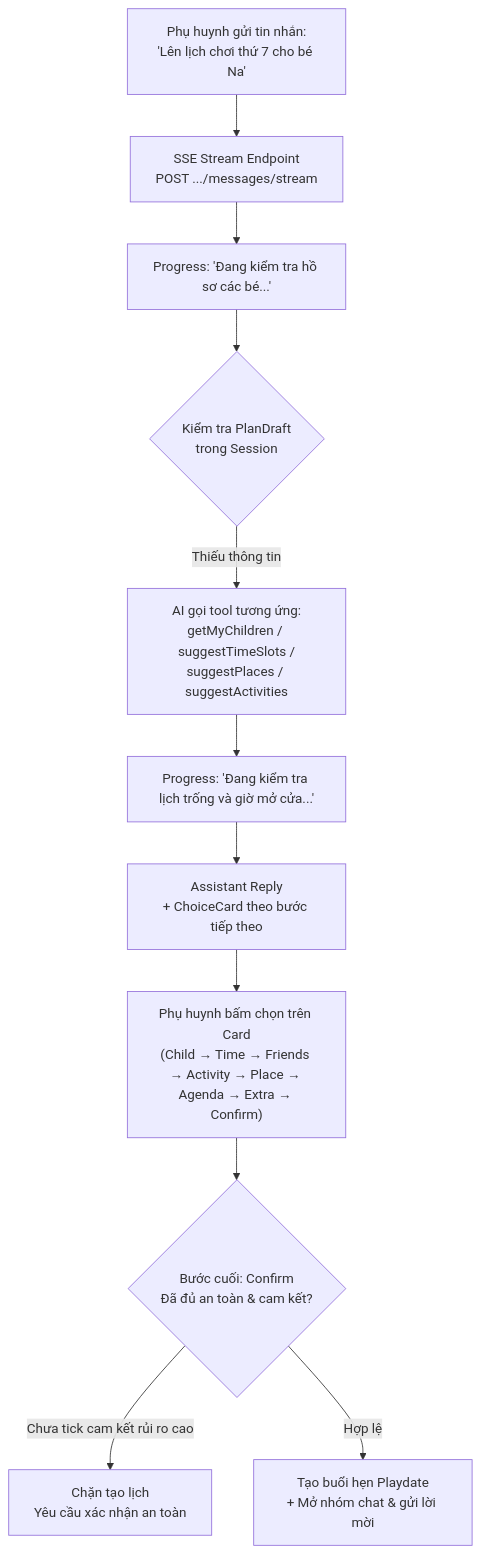
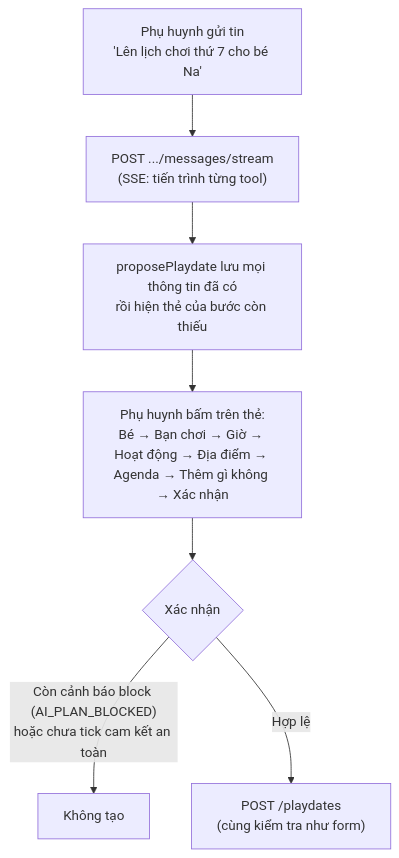
Before and after one commit to BuddyLink-Team/Front-End: the diagram in docs/BUD49_AI_ASSISTANT_UPGRADE.md, drawn with Mermaid. The commit also changed other lines of this file and 42 other files, not shown here.

Commit message:
feat(ai): complete BUD-49 planning UI, time rule notices and multi-child playdate form

````diff
--- a/docs/BUD49_AI_ASSISTANT_UPGRADE.md
+++ b/docs/BUD49_AI_ASSISTANT_UPGRADE.md
@@ -42,13 +55,9 @@
 ```mermaid
 flowchart TD
-    User["Phụ huynh gửi tin nhắn:<br/>'Lên lịch chơi thứ 7 cho bé Na'"] --> SSE["SSE Stream Endpoint<br/>POST .../messages/stream"]
-    SSE --> Progress1["Progress: 'Đang kiểm tra hồ sơ các bé...'"]
-    Progress1 --> StepCheck{"Kiểm tra PlanDraft<br/>trong Session"}
-    StepCheck -- "Thiếu thông tin" --> Tools["AI gọi tool tương ứng:<br/>getMyChildren / suggestTimeSlots /<br/>suggestPlaces / suggestActivities"]
-    Tools --> Progress2["Progress: 'Đang kiểm tra lịch trống và giờ mở cửa...'"]
-    Progress2 --> Reply["Assistant Reply<br/>+ ChoiceCard theo bước tiếp theo"]
-    Reply --> ParentTap["Phụ huynh bấm chọn trên Card<br/>(Child → Time → Friends → Activity → Place → Agenda → Extra → Confirm)"]
-    ParentTap --> ConfirmCheck{"Bước cuối: Confirm<br/>Đã đủ an toàn & cam kết?"}
-    ConfirmCheck -- "Chưa tick cam kết rủi ro cao" --> Block["Chặn tạo lịch<br/>Yêu cầu xác nhận an toàn"]
-    ConfirmCheck -- "Hợp lệ" --> Create["Tạo buổi hẹn Playdate<br/>+ Mở nhóm chat & gửi lời mời"]
+    User["Phụ huynh gửi tin<br/>'Lên lịch chơi thứ 7 cho bé Na'"] --> SSE["POST .../messages/stream<br/>(SSE: tiến trình từng tool)"]
+    SSE --> Steps["proposePlaydate lưu mọi thông tin đã có<br/>rồi hiện thẻ của bước còn thiếu"]
+    Steps --> Tap["Phụ huynh bấm trên thẻ:<br/>Bé → Bạn chơi → Giờ → Hoạt động → Địa điểm → Agenda → Thêm gì không → Xác nhận"]
+    Tap --> Confirm{"Xác nhận"}
+    Confirm -- "Còn cảnh báo block (AI_PLAN_BLOCKED)<br/>hoặc chưa tick cam kết an toàn" --> Block["Không tạo"]
+    Confirm -- "Hợp lệ" --> Create["POST /playdates<br/>(cùng kiểm tra như form)"]
 ```
````
